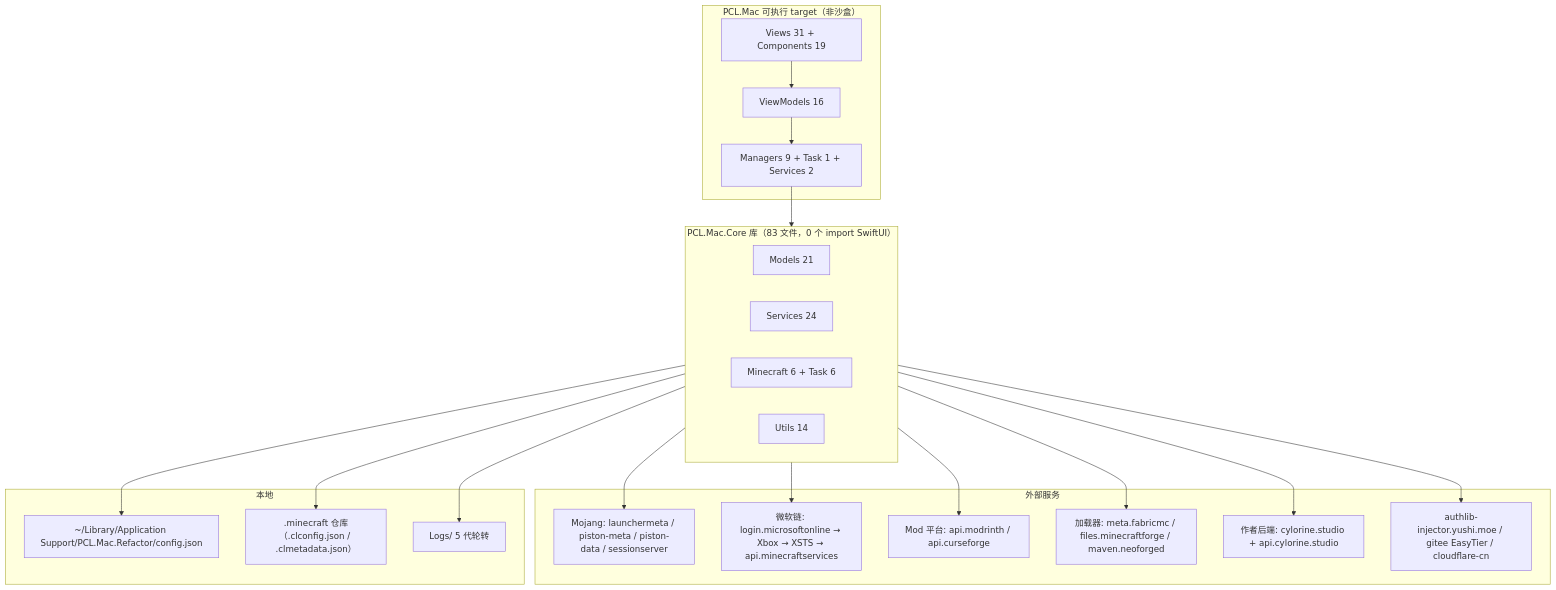
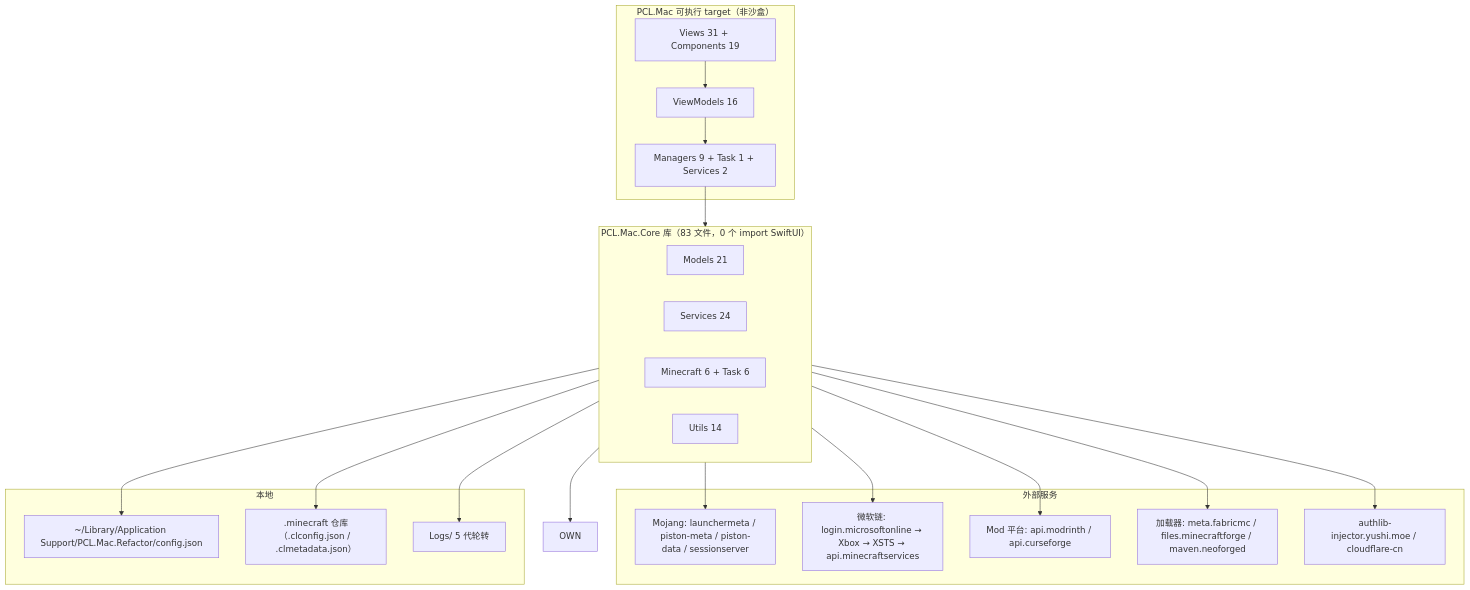
The diagram in docs-book/src/arch/overview.md (JUANWANG-BUAA/PCL-Mac-CE), drawn with Mermaid before and after one commit. The commit also changed 212 other files, not shown here.

````diff
--- a/docs-book/src/arch/overview.md
+++ b/docs-book/src/arch/overview.md
@@ -9,31 +9,30 @@
 ```mermaid
 graph TB
     subgraph APP["PCL.Mac 可执行 target（非沙盒）"]
         UI["Views 31 + Components 19"]
         VM["ViewModels 16"]
         MGR["Managers 9 + Task 1 + Services 2"]
     end
     subgraph CORE["PCL.Mac.Core 库（83 文件，0 个 import SwiftUI）"]
         MODELS["Models 21"]
         SVC["Services 24"]
         MC["Minecraft 6 + Task 6"]
         UTIL["Utils 14"]
     end
     subgraph EXT["外部服务"]
         MOJ["Mojang: launchermeta / piston-meta / piston-data / sessionserver"]
         MSG["微软链: login.microsoftonline → Xbox → XSTS → api.minecraftservices"]
         MOD["Mod 平台: api.modrinth / api.curseforge"]
         LDR["加载器: meta.fabricmc / files.minecraftforge / maven.neoforged"]
-        OWN["作者后端: cylorine.studio + api.cylorine.studio"]
-        MISC["authlib-injector.yushi.moe / gitee EasyTier / cloudflare-cn"]
+        MISC["authlib-injector.yushi.moe / cloudflare-cn"]
     end
     subgraph DISK["本地"]
         CFG["~/Library/Application Support/PCL.Mac.Refactor/config.json"]
         MCDIR[".minecraft 仓库（.clconfig.json / .clmetadata.json）"]
         LOG["Logs/ 5 代轮转"]
     end
 
     UI --> VM --> MGR --> CORE
     CORE --> MOJ & MSG & MOD & LDR & OWN & MISC
     CORE --> CFG & MCDIR & LOG
 ```
````
